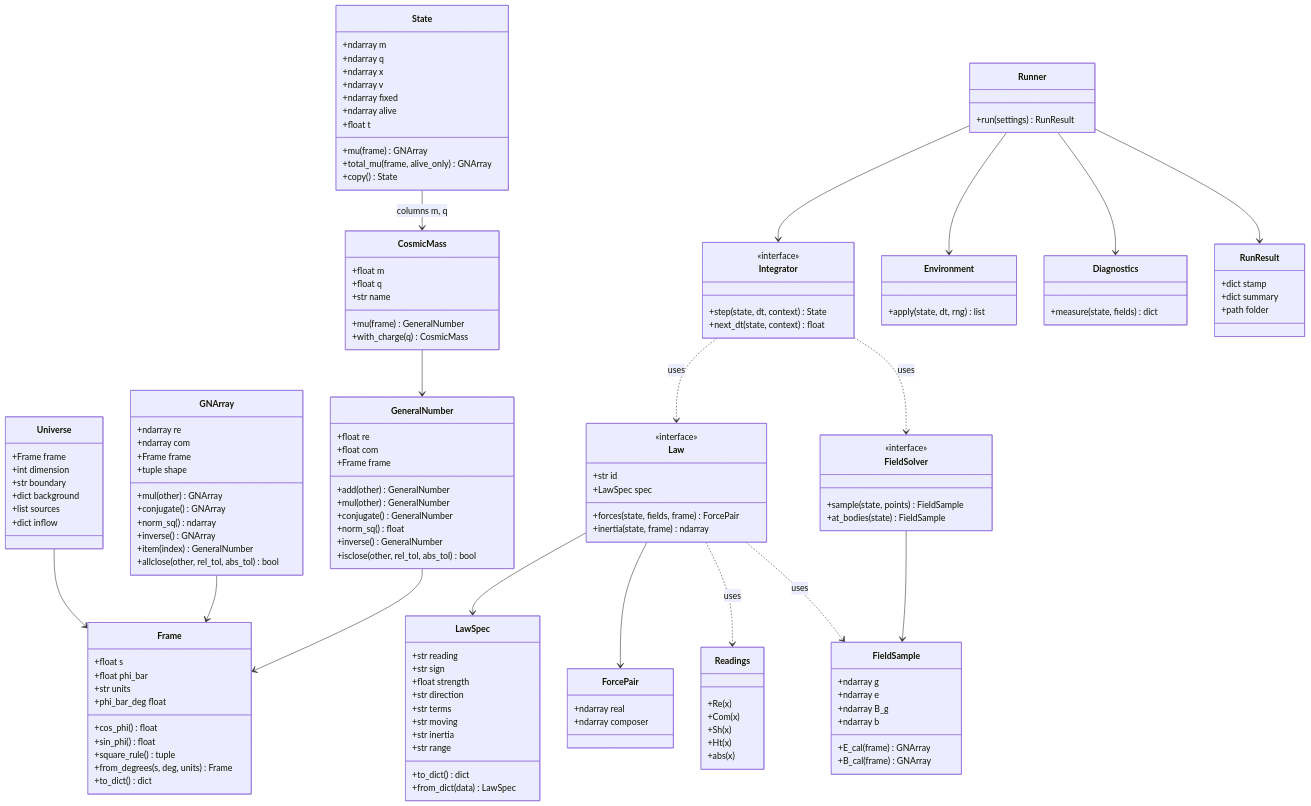
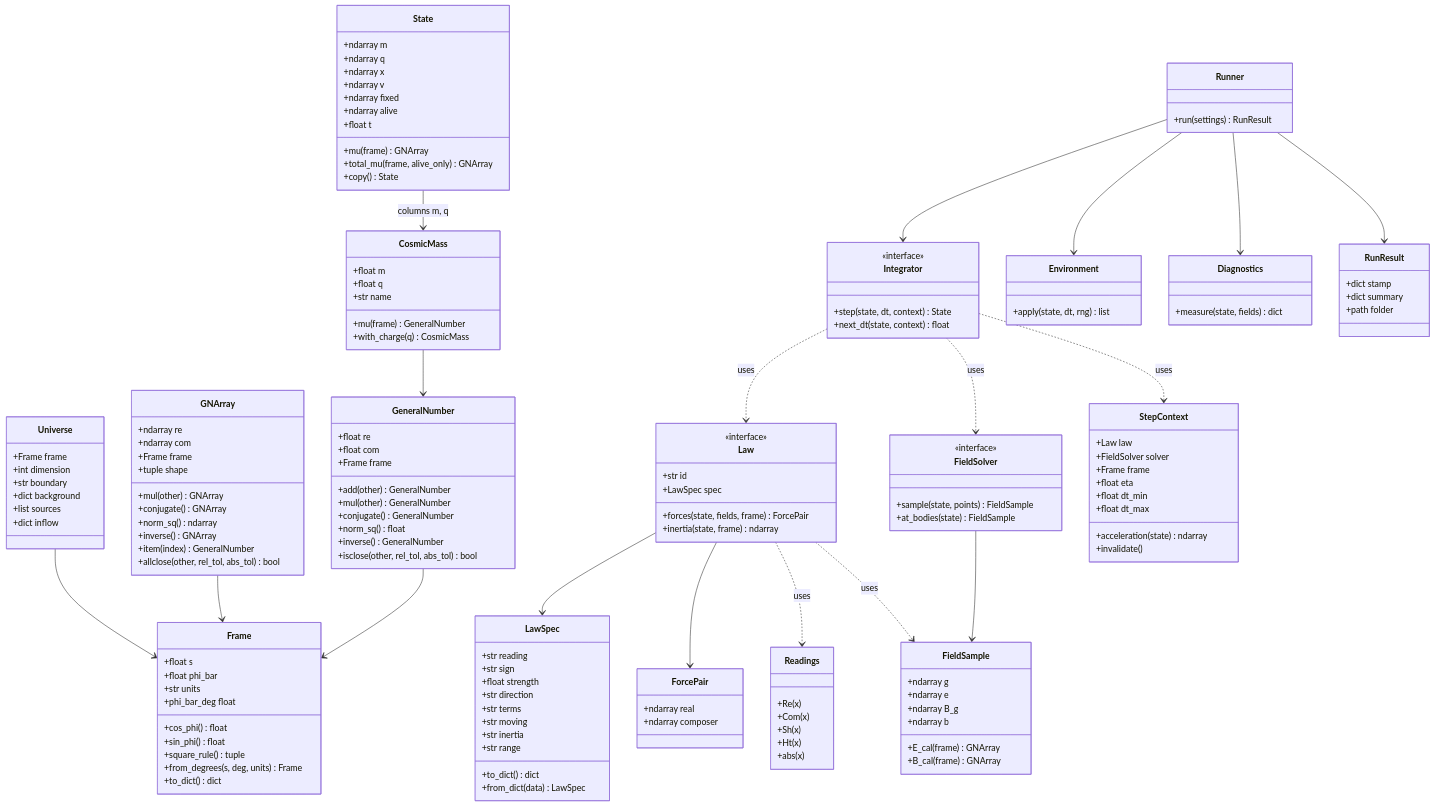
Before and after one commit to MostafaDerraz/cosmic-mass-lab: the third of 8 diagrams in ARCHITECTURE.md, drawn with Mermaid. The commit also changed other lines of this file and 11 other files, not shown here.

```diff
--- a/ARCHITECTURE.md
+++ b/ARCHITECTURE.md
@@ -328,6 +330,16 @@
         +ndarray real
         +ndarray composer
     }
+    class StepContext {
+        +Law law
+        +FieldSolver solver
+        +Frame frame
+        +float eta
+        +float dt_min
+        +float dt_max
+        +acceleration(state) ndarray
+        +invalidate()
+    }
     class Integrator {
         <<interface>>
         +step(state, dt, context) State
@@ -360,6 +372,7 @@
     Law ..> Readings : uses
     Integrator ..> Law : uses
     Integrator ..> FieldSolver : uses
+    Integrator ..> StepContext : uses
     Runner --> Integrator
     Runner --> Environment
     Runner --> Diagnostics
```
